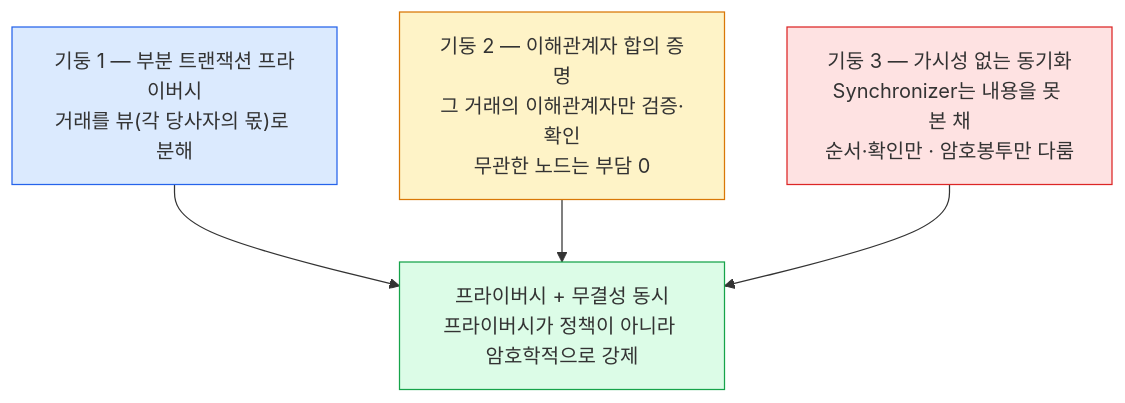
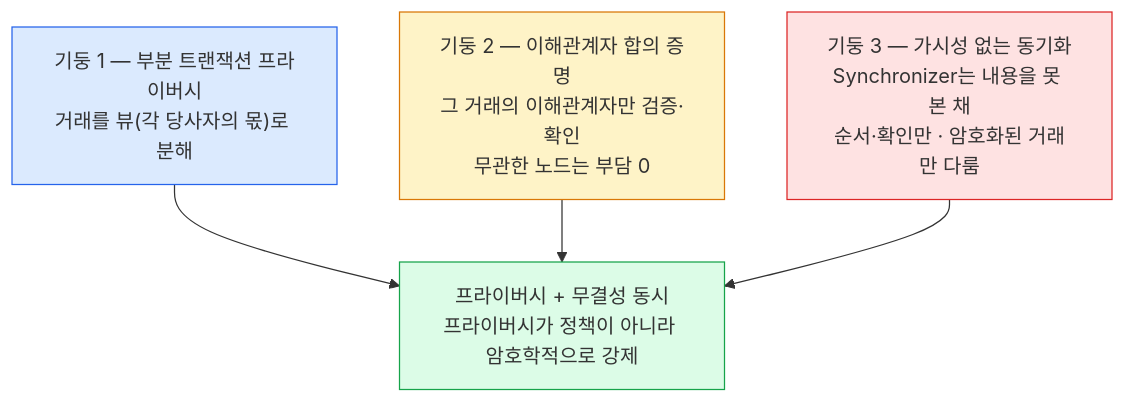
One commit to eunsujeo/eunpus changed the diagram in blockchain-manager/docs/캔톤네트워크/개념/02-three-pillars.md. Above: the diagram before and after it, drawn with Mermaid. The commit also changed other lines of this file and 8 other files, not shown here.

````diff
--- a/blockchain-manager/docs/캔톤네트워크/개념/02-three-pillars.md
+++ b/blockchain-manager/docs/캔톤네트워크/개념/02-three-pillars.md
@@ -25,20 +25,20 @@
 ```mermaid
 flowchart TB
     P1["기둥 1 — 부분 트랜잭션 프라이버시<br/>거래를 뷰(각 당사자의 몫)로 분해"]
     P2["기둥 2 — 이해관계자 합의 증명<br/>그 거래의 이해관계자만 검증·확인<br/>무관한 노드는 부담 0"]
-    P3["기둥 3 — 가시성 없는 동기화<br/>Synchronizer는 내용을 못 본 채<br/>순서·확인만 · 암호봉투만 다룸"]
+    P3["기둥 3 — 가시성 없는 동기화<br/>Synchronizer는 내용을 못 본 채<br/>순서·확인만 · 암호화된 거래만 다룸"]
     OUT["프라이버시 + 무결성 동시<br/>프라이버시가 정책이 아니라 암호학적으로 강제"]
 
     P1 --> OUT
     P2 --> OUT
     P3 --> OUT
 
     classDef app fill:#dbeafe,stroke:#2563eb;
     classDef ops fill:#fef3c7,stroke:#d97706;
     classDef sec fill:#fee2e2,stroke:#dc2626;
     classDef ok fill:#dcfce7,stroke:#16a34a;
     class P1 app
     class P2 ops
     class P3 sec
     class OUT ok
 ```
````
